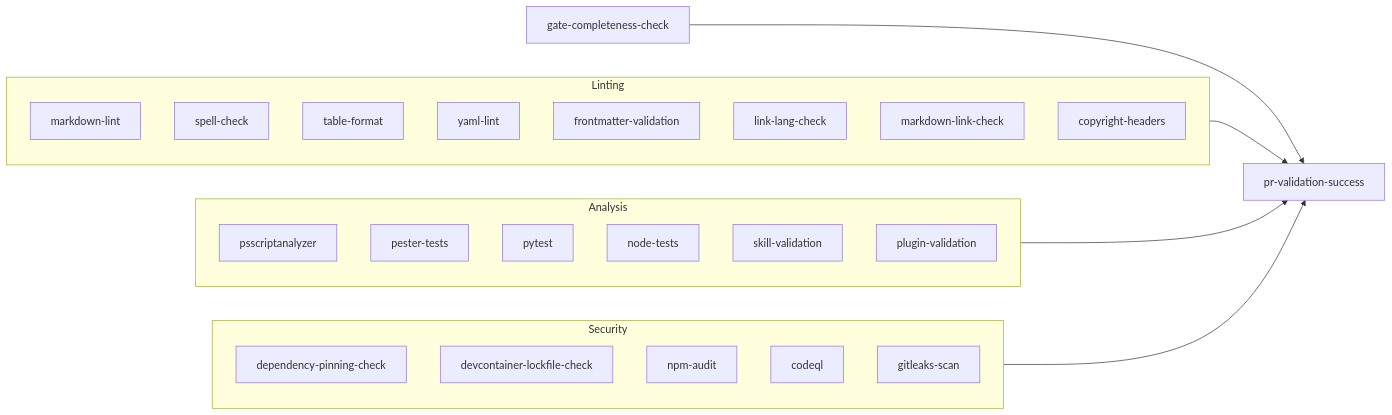
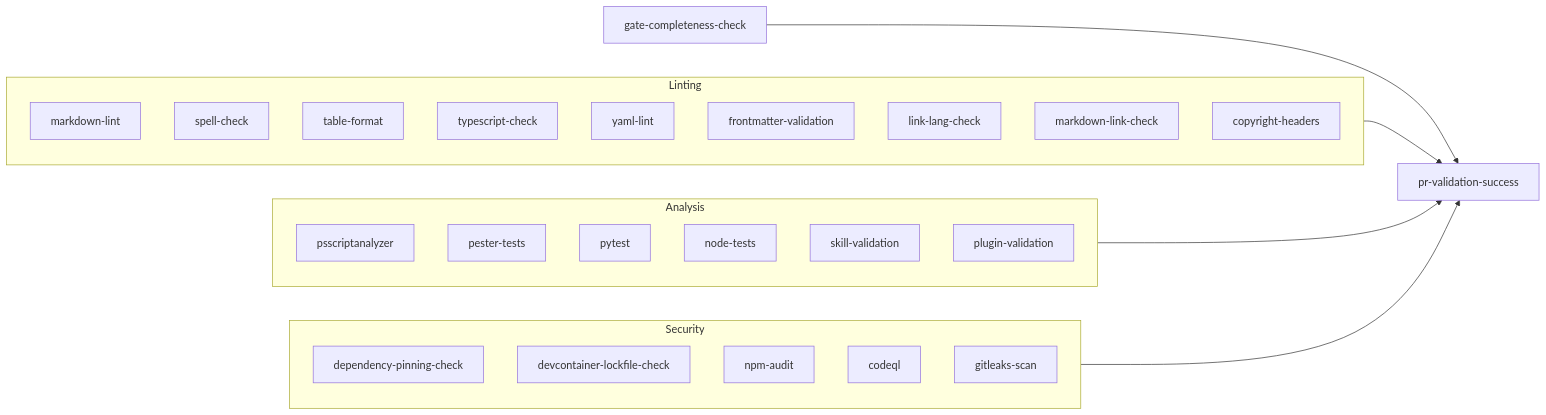
Before and after one commit to MohammedAlkindi/hve-core: the second of 3 diagrams in docs/architecture/workflows.md, drawn with Mermaid. The commit also changed other lines of this file, not shown here.

First line of the commit message:
docs(workflows): add change-range and typescript-check to PR validation tables

````diff
--- a/docs/architecture/workflows.md
+++ b/docs/architecture/workflows.md
@@ -154,37 +155,38 @@
 ```mermaid
 flowchart LR
     accTitle: Pull Request Validation Job Groups
     accDescr: Linting, analysis, and security validation groups run in parallel, then every job feeds the pr-validation-success aggregator gate that branch protection requires.
     subgraph "Linting"
         ML[markdown-lint]
         SC[spell-check]
         TF[table-format]
+        TSC[typescript-check]
         YL[yaml-lint]
         FV[frontmatter-validation]
         LLC[link-lang-check]
         MLC[markdown-link-check]
         CH[copyright-headers]
     end
 
     subgraph "Analysis"
         PSA[psscriptanalyzer]
         PT[pester-tests]
         PY[pytest]
         NT[node-tests]
         SV[skill-validation]
         PV[plugin-validation]
     end
 
     subgraph "Security"
         DPC[dependency-pinning-check]
         DCL[devcontainer-lockfile-check]
         NA[npm-audit]
         CQL[codeql]
         GLS[gitleaks-scan]
     end
 
     Linting --> GATE[pr-validation-success]
     Analysis --> GATE
     Security --> GATE
     GCC[gate-completeness-check] --> GATE
 ```
````
